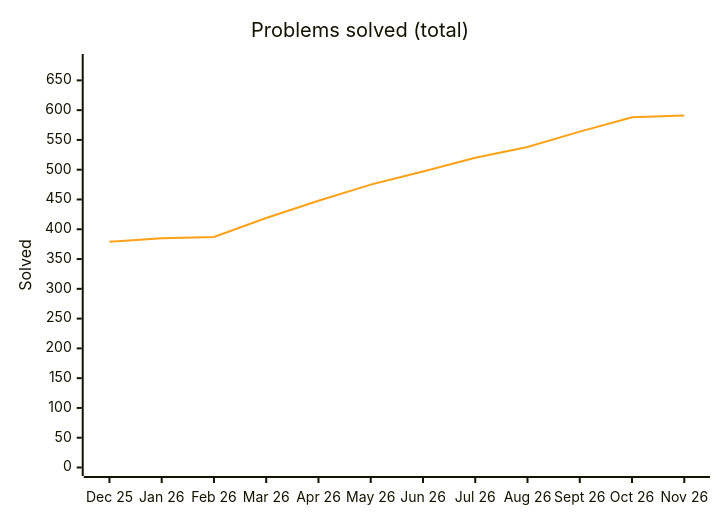
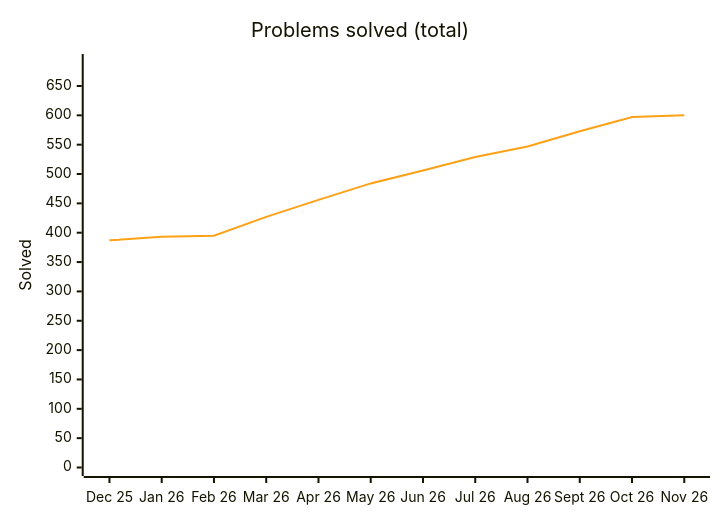
Before and after one commit to Ved-u/Java-DSA: the diagram in README.md, drawn with Mermaid. The commit also changed other lines of this file and 11 other files, not shown here.

````diff
--- a/README.md
+++ b/README.md
@@ -53,8 +53,8 @@
 ```mermaid
 %%{init: {"themeVariables": {"xyChart": {"plotColorPalette": "#ffa116"}}}}%%
 xychart-beta
     title "Problems solved (total)"
     x-axis ["Dec 25", "Jan 26", "Feb 26", "Mar 26", "Apr 26", "May 26", "Jun 26", "Jul 26", "Aug 26", "Sept 26", "Oct 26", "Nov 26"]
-    y-axis "Solved" 0 --> 680
-    line [379, 385, 387, 419, 448, 475, 497, 520, 538, 564, 588, 591]
+    y-axis "Solved" 0 --> 690
+    line [387, 393, 395, 427, 456, 484, 506, 529, 547, 573, 597, 600]
 ```
````
